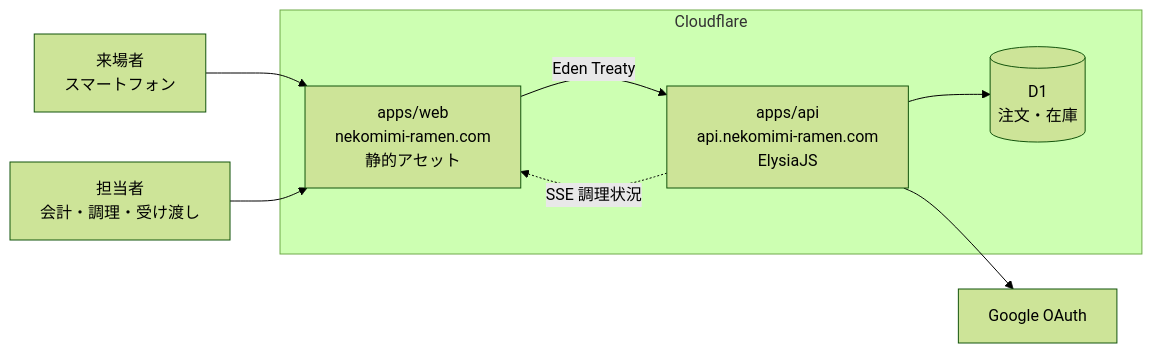
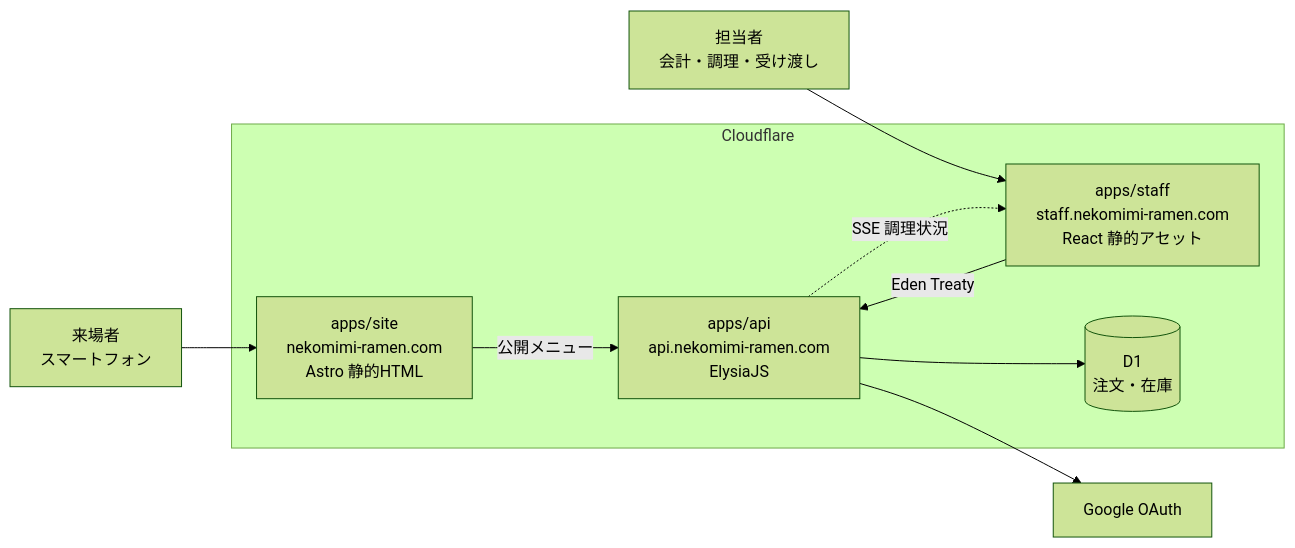
Before and after one commit to koutyuke/nekomimi-maid-ramen: the diagram in README.md, drawn with Mermaid (forest theme). The commit also changed other lines of this file and 11 other files, not shown here.

Commit message:
📝 docs(web): document split frontend architecture

````diff
--- a/README.md
+++ b/README.md
@@ -27,20 +27,22 @@
 ```mermaid
 flowchart LR
     V["来場者<br/>スマートフォン"]
     S["担当者<br/>会計・調理・受け渡し"]
 
     subgraph CF["Cloudflare"]
-        W["apps/web<br/>nekomimi-ramen.com<br/>静的アセット"]
+        W["apps/site<br/>nekomimi-ramen.com<br/>Astro 静的HTML"]
+        T["apps/staff<br/>staff.nekomimi-ramen.com<br/>React 静的アセット"]
         A["apps/api<br/>api.nekomimi-ramen.com<br/>ElysiaJS"]
         D[("D1<br/>注文・在庫")]
     end
 
     G["Google OAuth"]
 
     V --> W
-    S --> W
-    W -->|"Eden Treaty"| A
-    A -.->|"SSE 調理状況"| W
+    S --> T
+    W -->|"公開メニュー"| A
+    T -->|"Eden Treaty"| A
+    A -.->|"SSE 調理状況"| T
     A --> D
     A --> G
 ```
````
